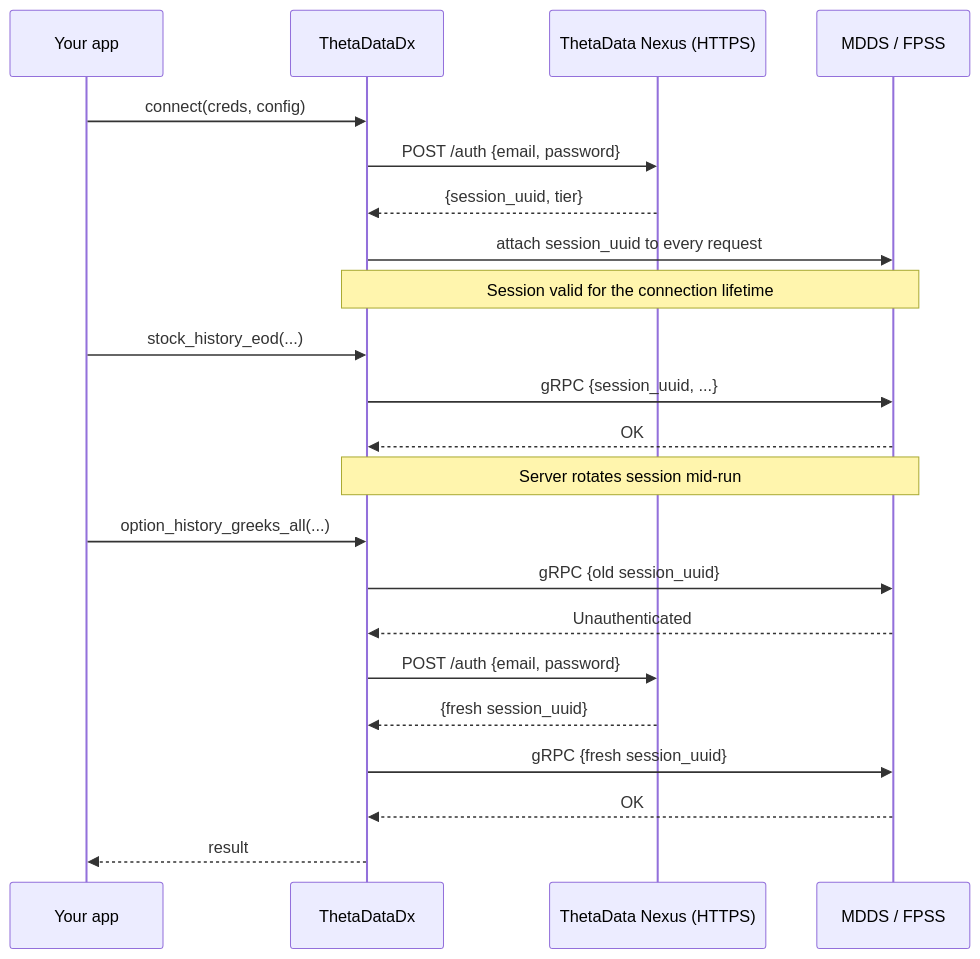
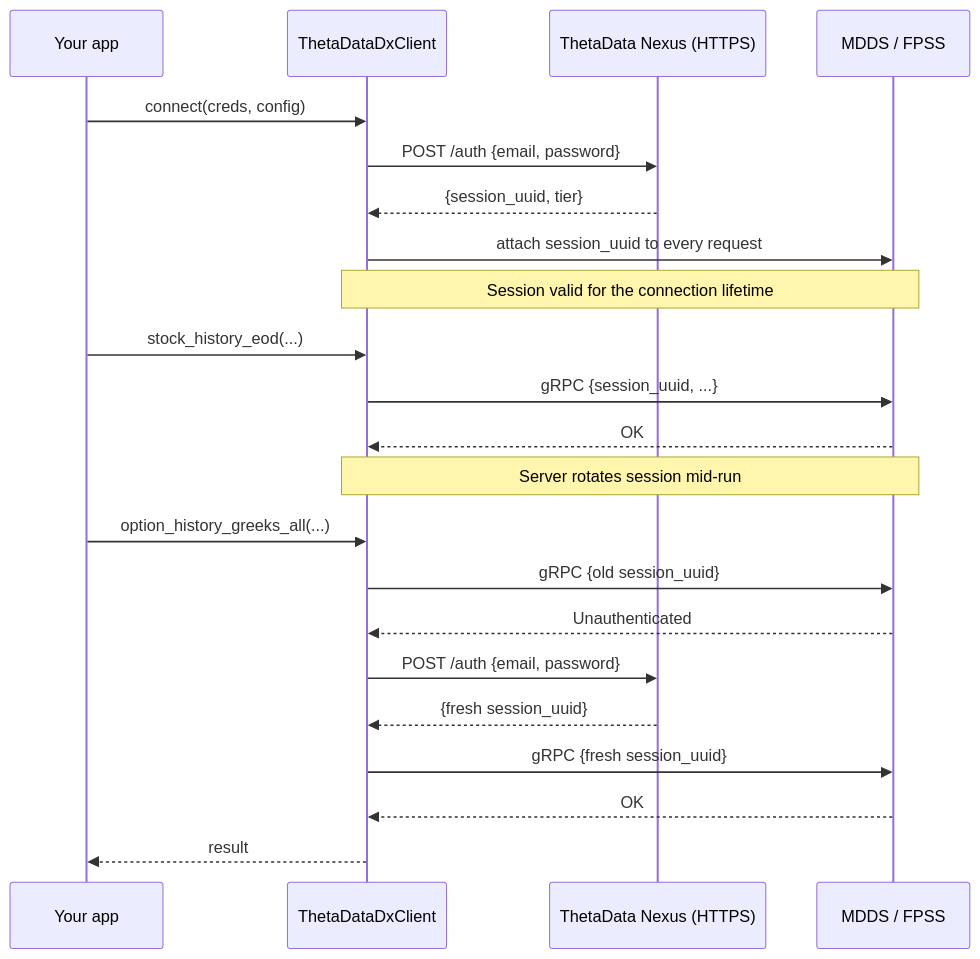
Before and after one commit to userFRM/ThetaDataDx: the diagram in docs-site/docs/getting-started/authentication.md, drawn with Mermaid. The commit also changed other lines of this file and 350 other files, not shown here.

````diff
--- a/docs-site/docs/getting-started/authentication.md
+++ b/docs-site/docs/getting-started/authentication.md
@@ -138,28 +119,28 @@
 ```mermaid
 sequenceDiagram
     participant App as Your app
-    participant Client as ThetaDataDx
+    participant Client as ThetaDataDxClient
     participant Nexus as ThetaData Nexus (HTTPS)
     participant MDDS as MDDS / FPSS
 
     App->>Client: connect(creds, config)
     Client->>Nexus: POST /auth {email, password}
     Nexus-->>Client: {session_uuid, tier}
     Client->>MDDS: attach session_uuid to every request
     Note over Client,MDDS: Session valid for the connection lifetime
 
     App->>Client: stock_history_eod(...)
     Client->>MDDS: gRPC {session_uuid, ...}
     MDDS-->>Client: OK
 
     Note over Client,MDDS: Server rotates session mid-run
 
     App->>Client: option_history_greeks_all(...)
     Client->>MDDS: gRPC {old session_uuid}
     MDDS-->>Client: Unauthenticated
     Client->>Nexus: POST /auth {email, password}
     Nexus-->>Client: {fresh session_uuid}
     Client->>MDDS: gRPC {fresh session_uuid}
     MDDS-->>Client: OK
     Client-->>App: result
 ```
````
